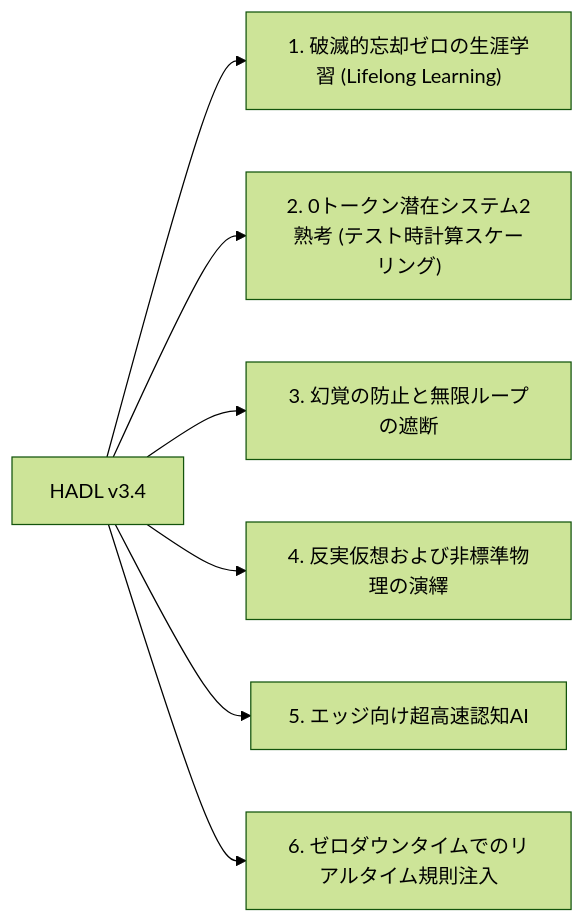
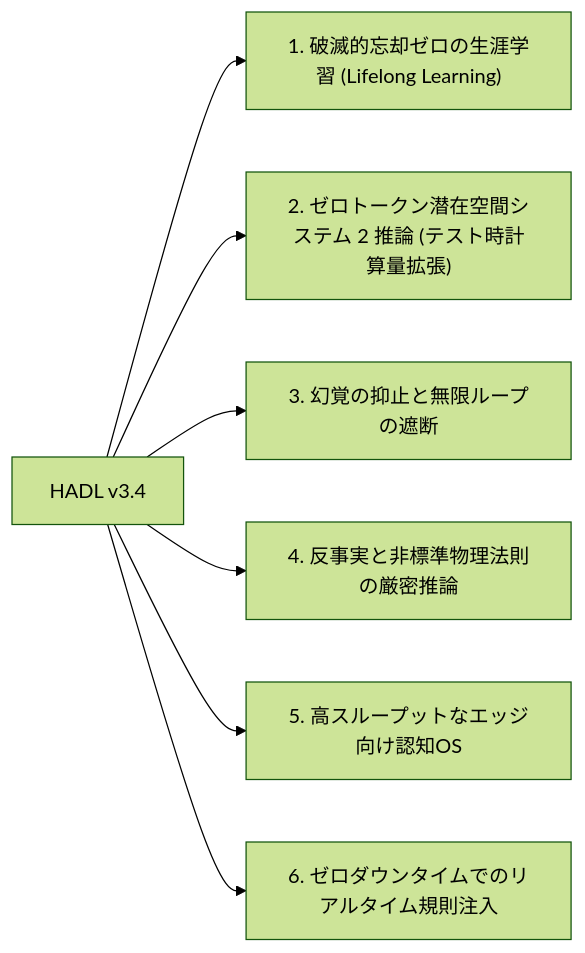
The diagram in docs/README_ja.md (Ch3nOff/dual-loop-controller), drawn with Mermaid (forest theme) before and after one commit. The commit also changed other lines of this file and 14 other files, not shown here.

Commit message:
feat: add real GPU continual learning benchmark and model architecture reference landscape across all READMEs

````diff
--- a/docs/README_ja.md
+++ b/docs/README_ja.md
@@ -87,9 +134,9 @@
 ```mermaid
 flowchart LR
     A["HADL v3.4"] --> B["1. 破滅的忘却ゼロの生涯学習 (Lifelong Learning)"]
-    A --> C["2. 0トークン潜在システム2熟考 (テスト時計算スケーリング)"]
-    A --> D["3. 幻覚の防止と無限ループの遮断"]
-    A --> E["4. 反実仮想および非標準物理の演繹"]
-    A --> F["5. エッジ向け超高速認知AI"]
+    A --> C["2. ゼロトークン潜在空間システム 2 推論 (テスト時計算量拡張)"]
+    A --> D["3. 幻覚の抑止と無限ループの遮断"]
+    A --> E["4. 反事実と非標準物理法則の厳密推論"]
+    A --> F["5. 高スループットなエッジ向け認知OS"]
     A --> G["6. ゼロダウンタイムでのリアルタイム規則注入"]
 ```
````
